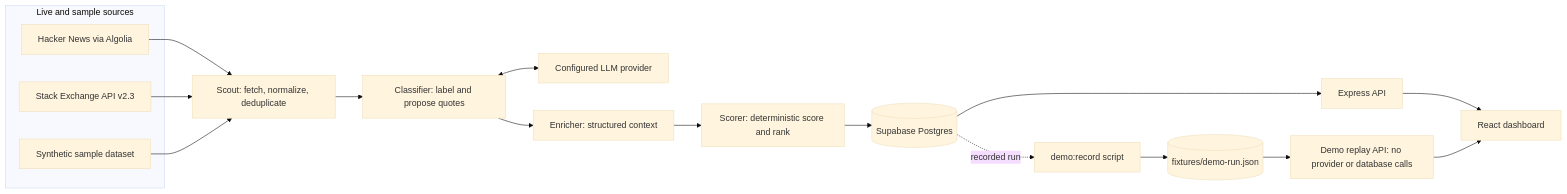
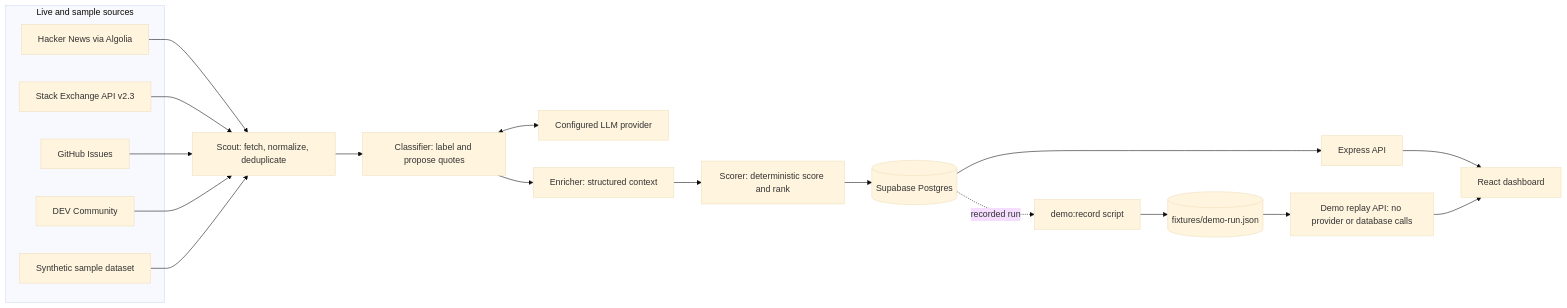
One commit to Adhithyan-C/Vantage changed the diagram in README.md. Above: the diagram before and after it, drawn with Mermaid (base theme). The commit also changed other lines of this file and 46 other files, not shown here.

Commit message:
Phase 12A/12B: retrieval fixes, GitHub and DEV sources, metadata migration

````diff
--- a/README.md
+++ b/README.md
@@ -9,22 +9,26 @@
 ```mermaid
 flowchart LR
   subgraph live[Live and sample sources]
     HN[Hacker News via Algolia]
     SE[Stack Exchange API v2.3]
+    GH[GitHub Issues]
+    DEV[DEV Community]
     Sample[Synthetic sample dataset]
   end
   HN --> Scout[Scout: fetch, normalize, deduplicate]
   SE --> Scout
+  GH --> Scout
+  DEV --> Scout
   Sample --> Scout
   Scout --> Classifier[Classifier: label and propose quotes]
   Classifier <--> LLM[Configured LLM provider]
   Classifier --> Enricher[Enricher: structured context]
   Enricher --> Scorer[Scorer: deterministic score and rank]
   Scorer --> DB[(Supabase Postgres)]
   DB --> API[Express API]
   API --> Web[React dashboard]
   DB -. recorded run .-> Record[demo:record script]
   Record --> Fixture[(fixtures/demo-run.json)]
   Fixture --> Replay[Demo replay API: no provider or database calls]
   Replay --> Web
 ```
````
